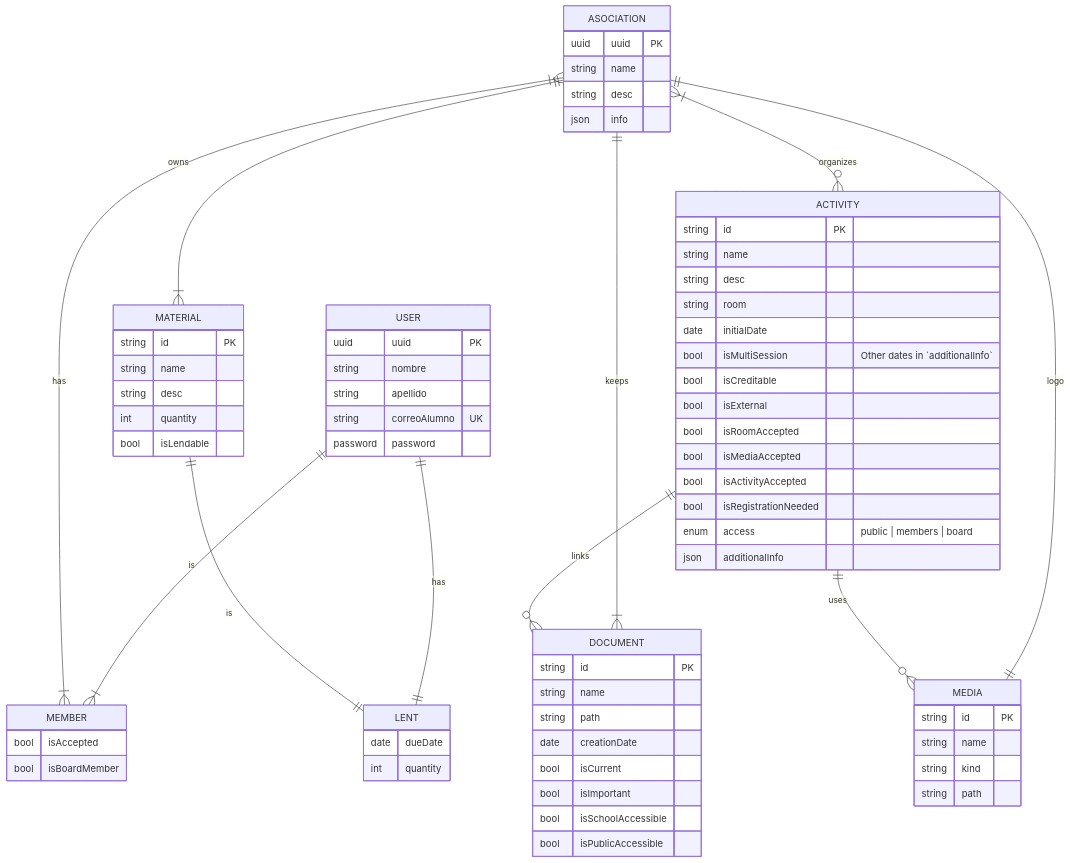
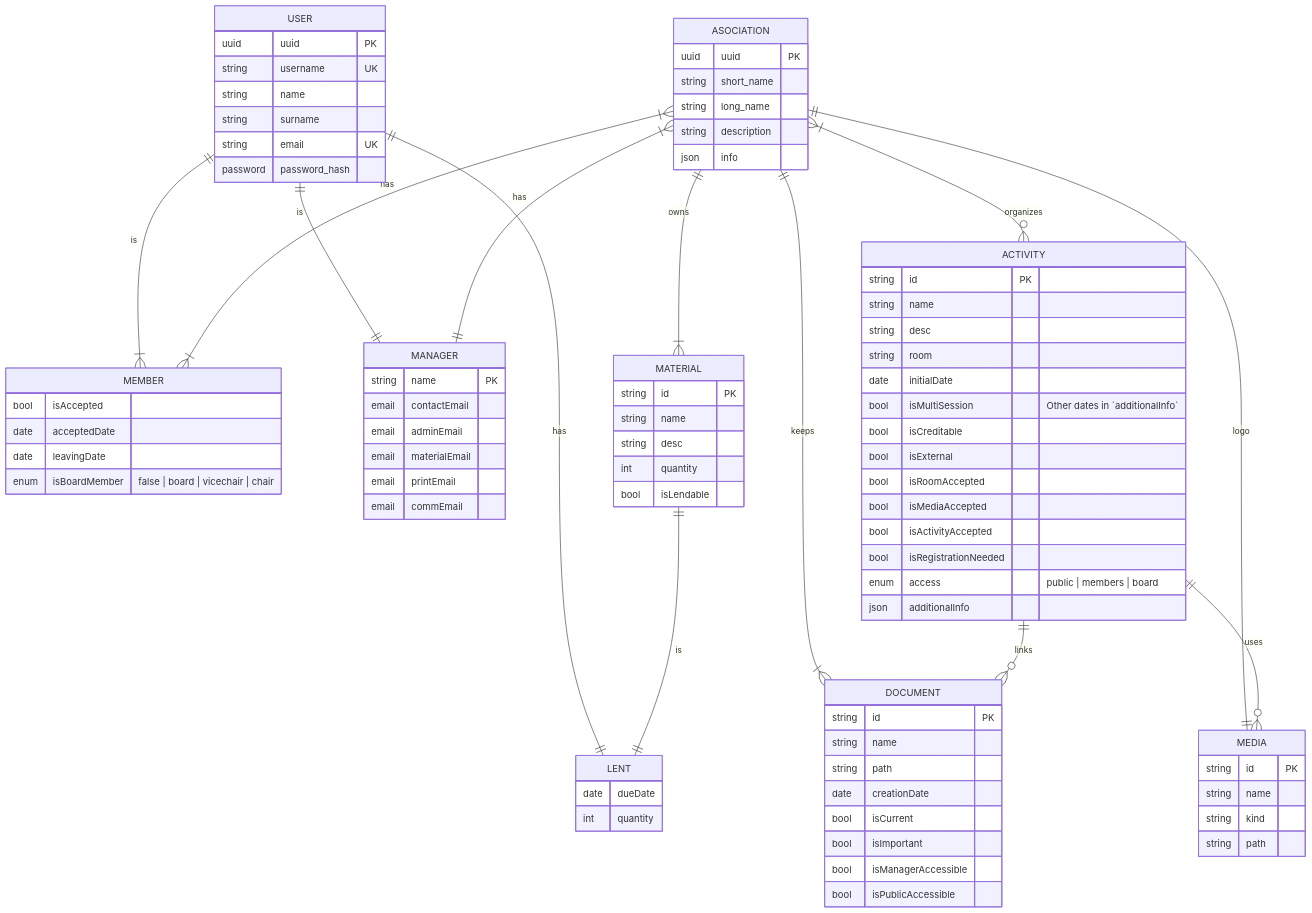
One commit to aafrecct/danubit changed the diagram in docs/src/er.mmd. Above: the diagram before and after it, drawn with Mermaid. The commit also changed 72 other files, not shown here.

```diff
--- a/docs/src/er.mmd
+++ b/docs/src/er.mmd
@@ -1,79 +1,94 @@
 erDiagram
   
   USER ||--|{ MEMBER              : is
+  USER ||--|| MANAGER             : is
   USER ||--|| LENT                : has
   USER {
     uuid      uuid                PK
-    string    nombre        
-    string    apellido
-    string    correoAlumno        UK
-    password  password
+    string    username            UK
+    string    name        
+    string    surname
+    string    email               UK
+    password  password_hash
   }
 
   ASOCIATION }|--|{ MEMBER        : has
+  ASOCIATION }|--|| MANAGER       : has
   ASOCIATION ||--|{ DOCUMENT      : keeps
   ASOCIATION }|--o{ ACTIVITY      : organizes
   ASOCIATION ||--|{ MATERIAL      : owns
   ASOCIATION ||--|| MEDIA         : logo
   ASOCIATION {
     uuid    uuid                  PK
-    string  name
-    string  desc
+    string  short_name
+    string  long_name
+    string  description
     json    info
   }
   
   MEMBER {
     bool isAccepted
-    bool isBoardMember
+    date acceptedDate
+    date leavingDate
+    enum isBoardMember            "false | board | vicechair | chair"
   }
   
   ACTIVITY ||--o{ MEDIA           : uses  
   ACTIVITY ||--o{ DOCUMENT        : links
   ACTIVITY {
     string  id                    PK
     string  name
     string  desc
     string  room
     date    initialDate
     bool    isMultiSession        "Other dates in `additionalInfo`"
     bool    isCreditable
     bool    isExternal
     bool    isRoomAccepted
     bool    isMediaAccepted
     bool    isActivityAccepted
     bool    isRegistrationNeeded
     enum    access                "public | members | board"
     json    additionalInfo
   }
   
   DOCUMENT {
     string  id                    PK
     string  name
     string  path
     date    creationDate
     bool    isCurrent
     bool    isImportant
-    bool    isSchoolAccessible
+    bool    isManagerAccessible
     bool    isPublicAccessible
   }
 
   MATERIAL ||--|| LENT : is
   MATERIAL {
     string  id                    PK
     string  name
     string  desc
     int     quantity
     bool    isLendable
   }
 
   LENT {
     date    dueDate
     int     quantity
   }
 
   MEDIA {
     string  id                    PK
     string  name
     string  kind
     string  path
   }
+
+  MANAGER {
+    string  name                  PK
+    email   contactEmail
+    email   adminEmail
+    email   materialEmail
+    email   printEmail
+    email   commEmail
+  }
```
